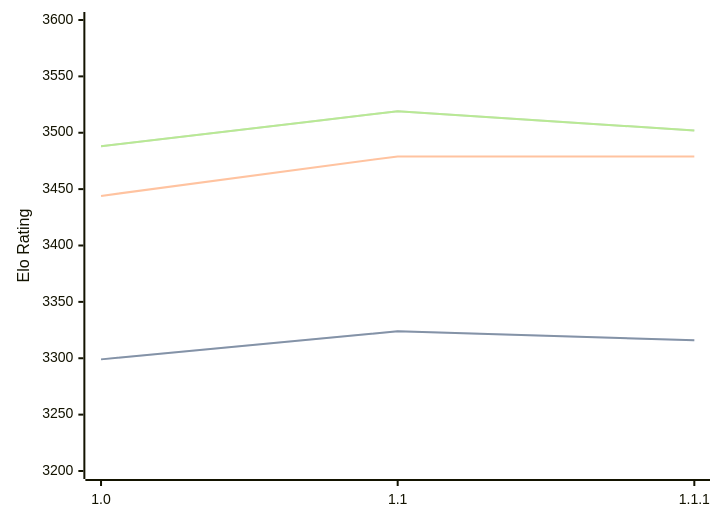
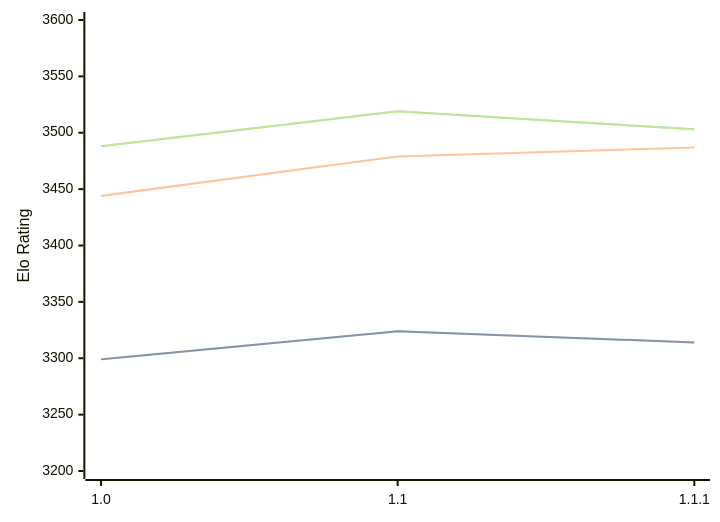
The diagram in engines/Icarus.md (computer-chess-index/cci), drawn with Mermaid before and after one commit. The commit also changed other lines of this file, not shown here.

Commit message:
Update CCI Ratings (ELO VLTC) - 2026-07-21

````diff
--- a/engines/Icarus.md
+++ b/engines/Icarus.md
@@ -33,11 +33,11 @@
 ```mermaid
 %%{init: {"theme":"base","themeVariables":{"seriesColors:['#a3a3a3','#222221','#faa371']}}}%%
 xychart-beta
   x-axis ["1.0", "1.1", "1.1.1"]
   y-axis "Elo Rating" 3200 --> 3600
-  line "STC (8.0+0.08s)" [3299, 3324, 3316]
-  line "STC (8.0+0.08s)" [3299, 3324, 3316]
-  line "LTC (60.0+0.60s)" [3444, 3479, 3479]
-  line "VLTC (2m24s+1.12s)" [3488, 3519, 3502]
-  line "VLTC (2m24s+1.12s)" [3488, 3519, 3502]
+  line "STC (8.0+0.08s)" [3299, 3324, 3314]
+  line "STC (8.0+0.08s)" [3299, 3324, 3314]
+  line "LTC (60.0+0.60s)" [3444, 3479, 3487]
+  line "VLTC (2m24s+1.12s)" [3488, 3519, 3503]
+  line "VLTC (2m24s+1.12s)" [3488, 3519, 3503]
 ```
````
